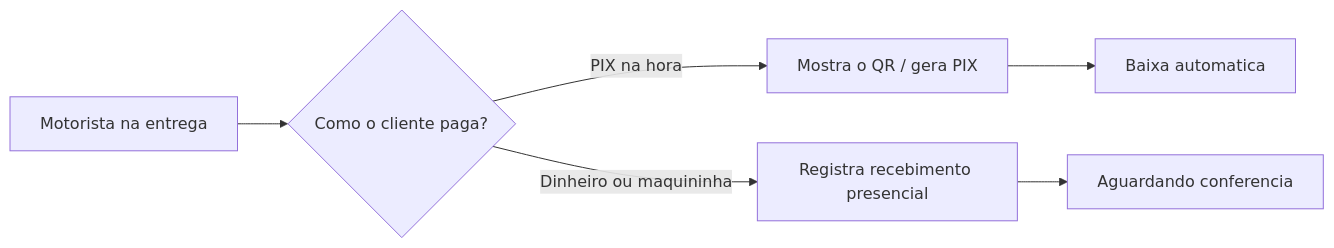
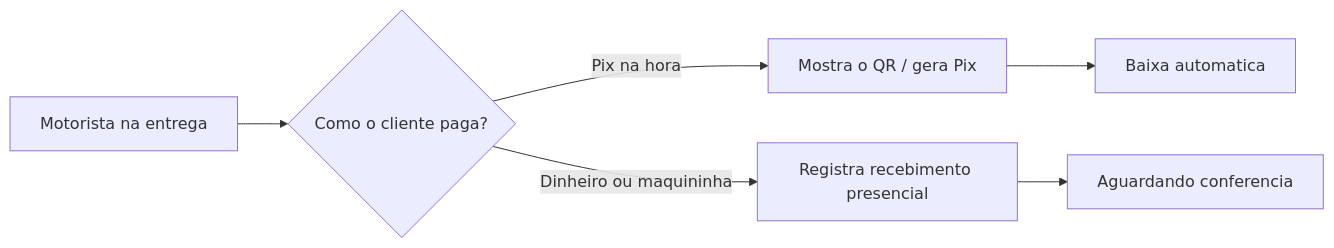
The second of 2 diagrams in cobranca/recebendo-pagamentos.md (LocFlowTeam/locflow-docs), drawn with Mermaid before and after one commit. The commit also changed other lines of this file and 6 other files, not shown here.

````diff
--- a/cobranca/recebendo-pagamentos.md
+++ b/cobranca/recebendo-pagamentos.md
@@ -57,8 +74,8 @@
 ```mermaid
 flowchart LR
     M[Motorista na entrega] --> Q{Como o cliente paga?}
-    Q -->|PIX na hora| P[Mostra o QR / gera PIX]
+    Q -->|Pix na hora| P[Mostra o QR / gera Pix]
     Q -->|Dinheiro ou maquininha| R[Registra recebimento presencial]
     R --> CF[Aguardando conferencia]
     P --> OK[Baixa automatica]
 ```
````
